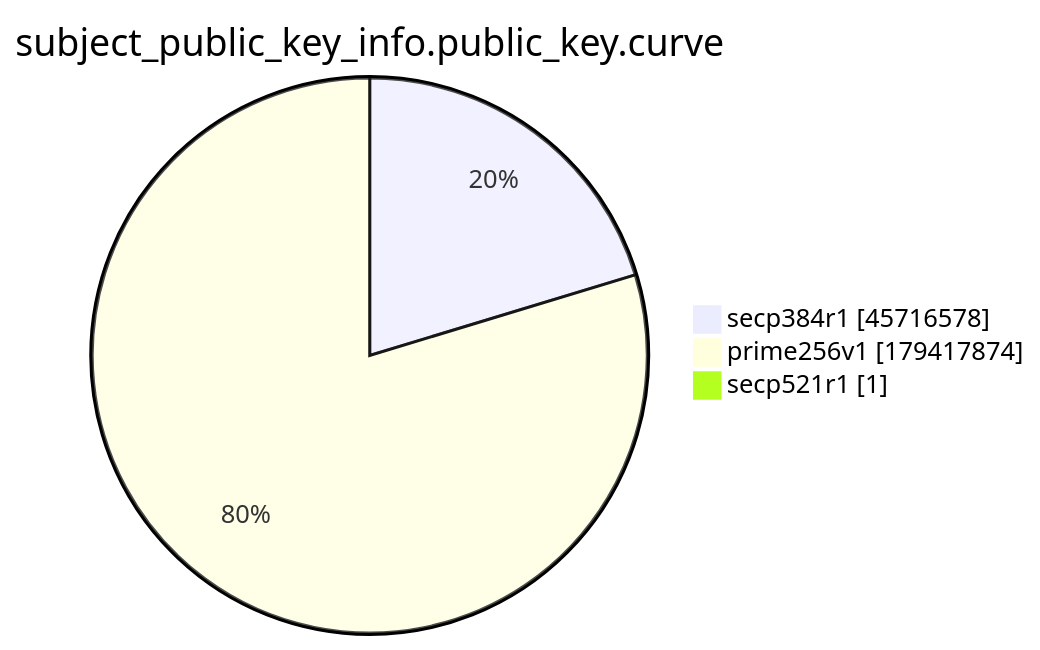
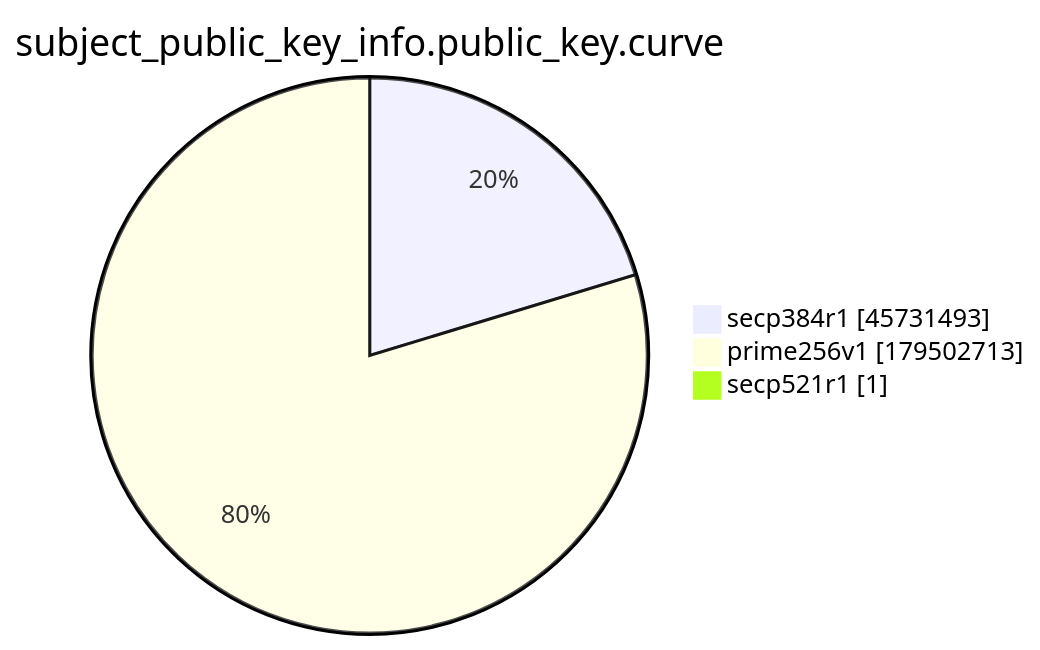
Before and after one commit to christiankrug/ctmonitor_visualization: the ninth of 15 diagrams in xenon2022/README.md, drawn with Mermaid. The commit also changed other lines of this file, not shown here.

````diff
--- a/xenon2022/README.md
+++ b/xenon2022/README.md
@@ -2873,7 +2873,7 @@
 ```mermaid
 pie showData
 title subject_public_key_info.public_key.curve
-"secp384r1" :45716578
-"prime256v1" :179417874
+"secp384r1" :45731493
+"prime256v1" :179502713
 "secp521r1" :1
 ```
````
